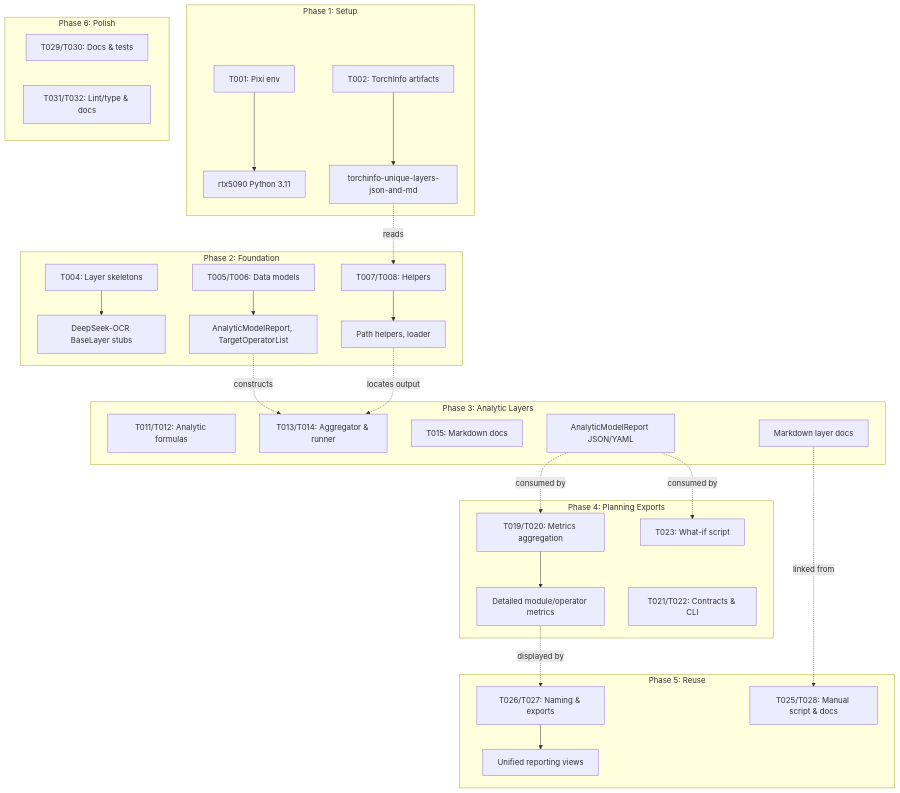
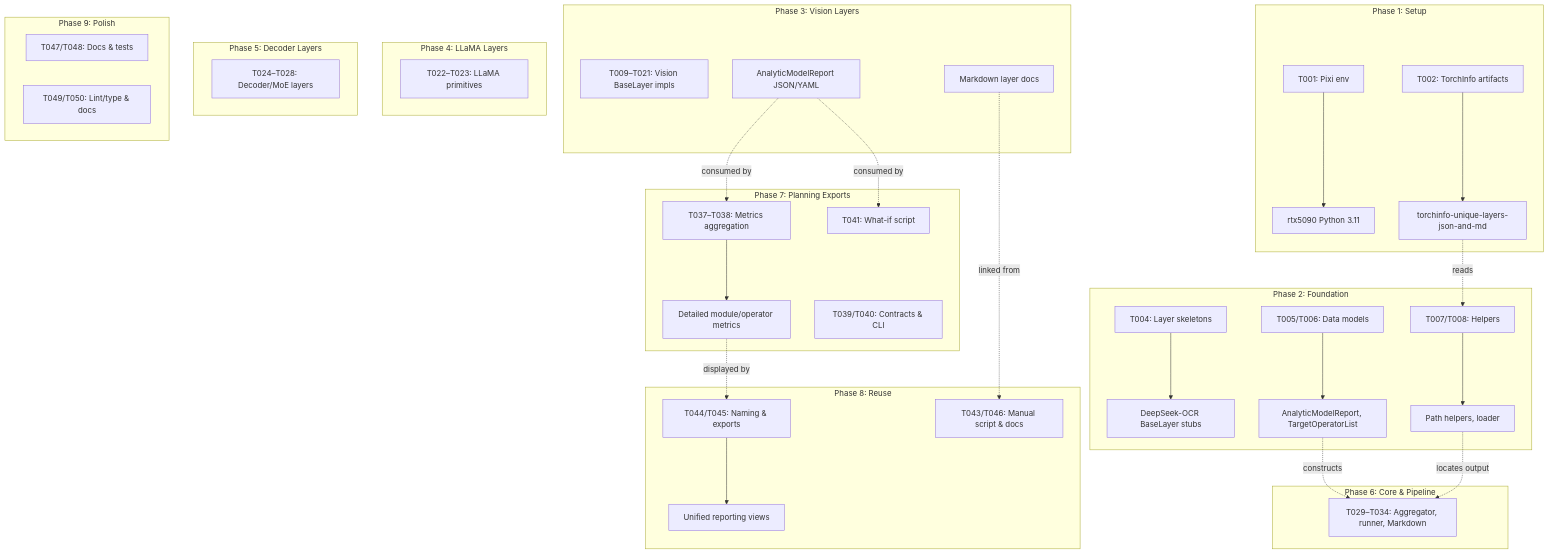
One commit to CodeGandee/llm-perf-opt changed the second of 2 diagrams in context/tasks/001-deepseek-ocr-modelmeter/impl-integrate-phases.md. Above: the diagram before and after it, drawn with Mermaid. The commit also changed other lines of this file and 8 other files, not shown here.

````diff
--- a/context/tasks/001-deepseek-ocr-modelmeter/impl-integrate-phases.md
+++ b/context/tasks/001-deepseek-ocr-modelmeter/impl-integrate-phases.md
@@ -49,45 +55,55 @@
 ```mermaid
 graph TD
     subgraph Phase1["Phase 1: Setup"]
         P1T1[T001: Pixi env] --> P1A1[rtx5090 Python 3.11]
         P1T2[T002: TorchInfo artifacts] --> P1A2[torchinfo-unique-layers-json-and-md]
     end
 
     subgraph Phase2["Phase 2: Foundation"]
         P2T1[T004: Layer skeletons] --> P2A1[DeepSeek-OCR BaseLayer stubs]
         P2T2[T005/T006: Data models] --> P2A2[AnalyticModelReport, TargetOperatorList]
         P2T3[T007/T008: Helpers] --> P2A3[Path helpers, loader]
     end
 
-    subgraph Phase3["Phase 3: Analytic Layers"]
-        P3T1[T011/T012: Analytic formulas]
-        P3T2[T013/T014: Aggregator & runner]
-        P3T3[T015: Markdown docs]
+    subgraph Phase3["Phase 3: Vision Layers"]
+        P3T1[T009–T021: Vision BaseLayer impls]
         P3A1[AnalyticModelReport JSON/YAML]
         P3A2[Markdown layer docs]
     end
 
-    subgraph Phase4["Phase 4: Planning Exports"]
-        P4T1[T019/T020: Metrics aggregation] --> P4A1[Detailed module/operator metrics]
-        P4T2[T021/T022: Contracts & CLI]
-        P4T3[T023: What-if script]
+    subgraph Phase4["Phase 4: LLaMA Layers"]
+        P4T1[T022–T023: LLaMA primitives]
     end
 
-    subgraph Phase5["Phase 5: Reuse"]
-        P5T1[T026/T027: Naming & exports] --> P5A1[Unified reporting views]
-        P5T2[T025/T028: Manual script & docs]
+    subgraph Phase5["Phase 5: Decoder Layers"]
+        P5T1[T024–T028: Decoder/MoE layers]
     end
 
-    subgraph Phase6["Phase 6: Polish"]
-        P6T1[T029/T030: Docs & tests]
-        P6T2[T031/T032: Lint/type & docs]
+    subgraph Phase6["Phase 6: Core & Pipeline"]
+        P6T1[T029–T034: Aggregator, runner, Markdown]
+    end
+
+    subgraph Phase7["Phase 7: Planning Exports"]
+        P7T1[T037–T038: Metrics aggregation] --> P7A1[Detailed module/operator metrics]
+        P7T2[T039/T040: Contracts & CLI]
+        P7T3[T041: What-if script]
+    end
+
+    subgraph Phase8["Phase 8: Reuse"]
+        P8T1[T044/T045: Naming & exports] --> P8A1[Unified reporting views]
+        P8T2[T043/T046: Manual script & docs]
+    end
+
+    subgraph Phase9["Phase 9: Polish"]
+        P9T1[T047/T048: Docs & tests]
+        P9T2[T049/T050: Lint/type & docs]
     end
 
     P1A2 -.->|reads| P2T3
-    P2A2 -.->|constructs| P3T2
-    P2A3 -.->|locates output| P3T2
-    P3A1 -.->|consumed by| P4T1
-    P3A1 -.->|consumed by| P4T3
-    P3A2 -.->|linked from| P5T2
-    P4A1 -.->|displayed by| P5T1
+    P2A2 -.->|constructs| P6T1
+    P2A3 -.->|locates output| P6T1
+    P3A1 -.->|consumed by| P7T1
+    P3A1 -.->|consumed by| P7T3
+    P3A2 -.->|linked from| P8T2
+    P7A1 -.->|displayed by| P8T1
 ```
````
